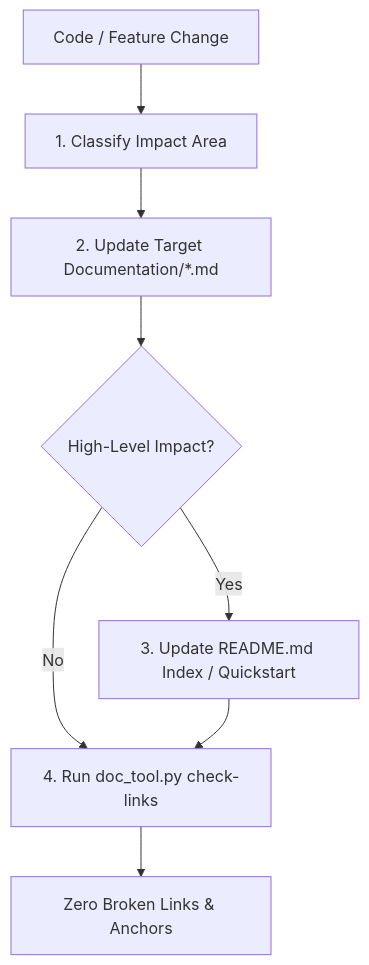
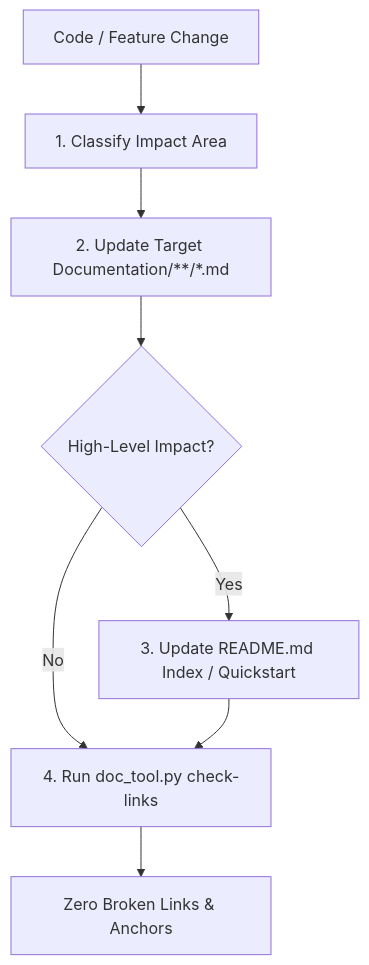
One commit to DarkDuck007/MadTOM changed the diagram in .agents/skills/project-doc-sync/SKILL.md. Above: the diagram before and after it, drawn with Mermaid. The commit also changed other lines of this file and 31 other files, not shown here.

````diff
--- a/.agents/skills/project-doc-sync/SKILL.md
+++ b/.agents/skills/project-doc-sync/SKILL.md
@@ -37,10 +39,10 @@
 ```mermaid
 flowchart TD
     A["Code / Feature Change"] --> B["1. Classify Impact Area"]
-    B --> C["2. Update Target Documentation/*.md"]
+    B --> C["2. Update Target Documentation/**/*.md"]
     C --> D{"High-Level Impact?"}
     D -- Yes --> E["3. Update README.md Index / Quickstart"]
     D -- No --> F["4. Run doc_tool.py check-links"]
     E --> F
     F --> G["Zero Broken Links & Anchors"]
 ```
````
